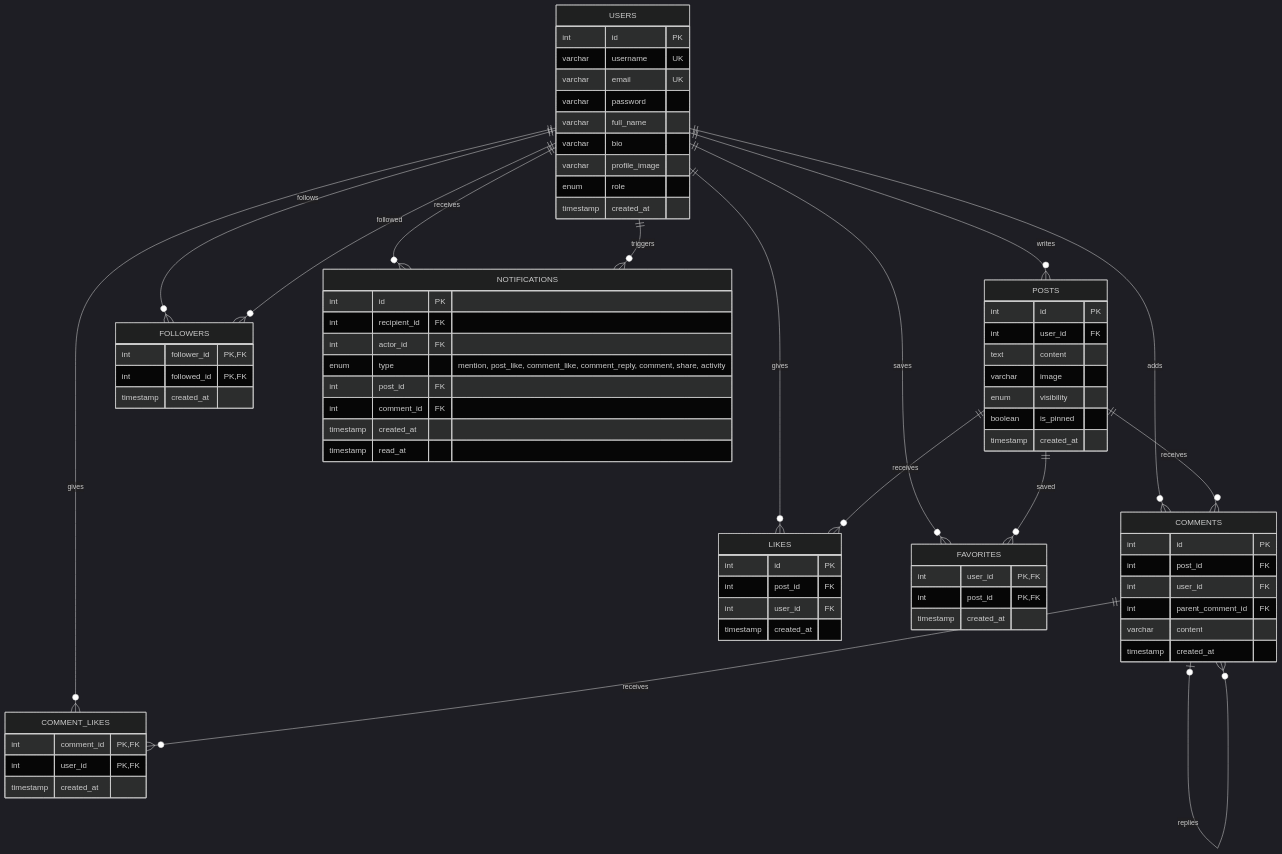
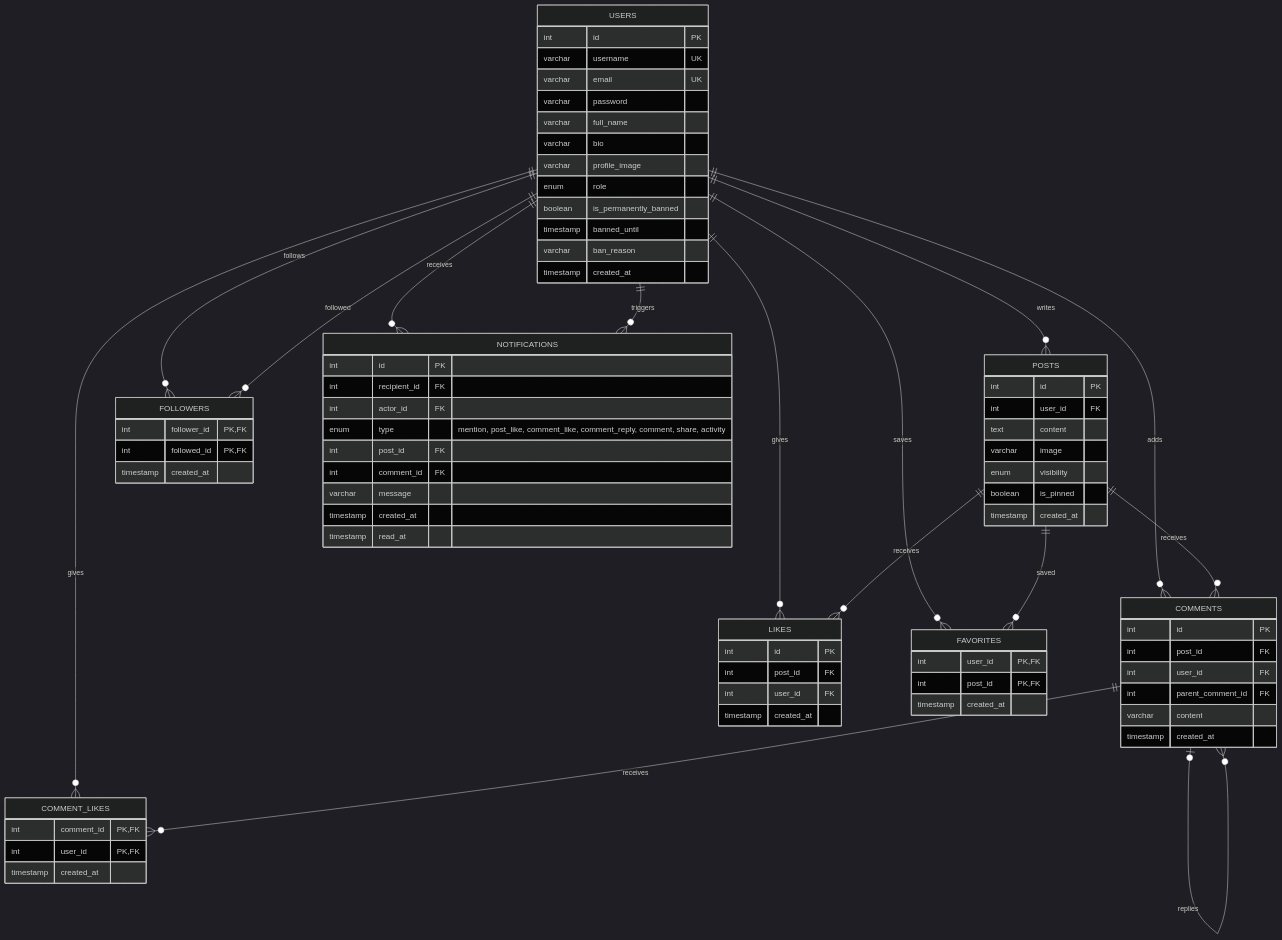
One commit to algarmeclarkjustin/mvxb-chatspace changed the diagram in sql/ERD.md. Above: the diagram before and after it, drawn with Mermaid (dark theme). The commit also changed 21 other files, not shown here.

````diff
--- a/sql/ERD.md
+++ b/sql/ERD.md
@@ -3,77 +3,81 @@
 ```mermaid
 erDiagram
     USERS ||--o{ POSTS : writes
     USERS ||--o{ COMMENTS : adds
     POSTS ||--o{ COMMENTS : receives
     COMMENTS o|--o{ COMMENTS : replies
     USERS ||--o{ LIKES : gives
     POSTS ||--o{ LIKES : receives
     USERS ||--o{ FOLLOWERS : follows
     USERS ||--o{ FOLLOWERS : followed
     USERS ||--o{ FAVORITES : saves
     POSTS ||--o{ FAVORITES : saved
     USERS ||--o{ COMMENT_LIKES : gives
     COMMENTS ||--o{ COMMENT_LIKES : receives
     USERS ||--o{ NOTIFICATIONS : receives
     USERS ||--o{ NOTIFICATIONS : triggers
 
     USERS {
         int id PK
         varchar username UK
         varchar email UK
         varchar password
         varchar full_name
         varchar bio
         varchar profile_image
         enum role
+        boolean is_permanently_banned
+        timestamp banned_until
+        varchar ban_reason
         timestamp created_at
     }
     POSTS {
         int id PK
         int user_id FK
         text content
         varchar image
         enum visibility
         boolean is_pinned
         timestamp created_at
     }
     COMMENTS {
         int id PK
         int post_id FK
         int user_id FK
         int parent_comment_id FK
         varchar content
         timestamp created_at
     }
     LIKES {
         int id PK
         int post_id FK
         int user_id FK
         timestamp created_at
     }
     FOLLOWERS {
         int follower_id PK, FK
         int followed_id PK, FK
         timestamp created_at
     }
     FAVORITES {
         int user_id PK, FK
         int post_id PK, FK
         timestamp created_at
     }
     COMMENT_LIKES {
         int comment_id PK, FK
         int user_id PK, FK
         timestamp created_at
     }
     NOTIFICATIONS {
         int id PK
         int recipient_id FK
         int actor_id FK
         enum type "mention, post_like, comment_like, comment_reply, comment, share, activity"
         int post_id FK
         int comment_id FK
+        varchar message
         timestamp created_at
         timestamp read_at
     }
 ```
````
